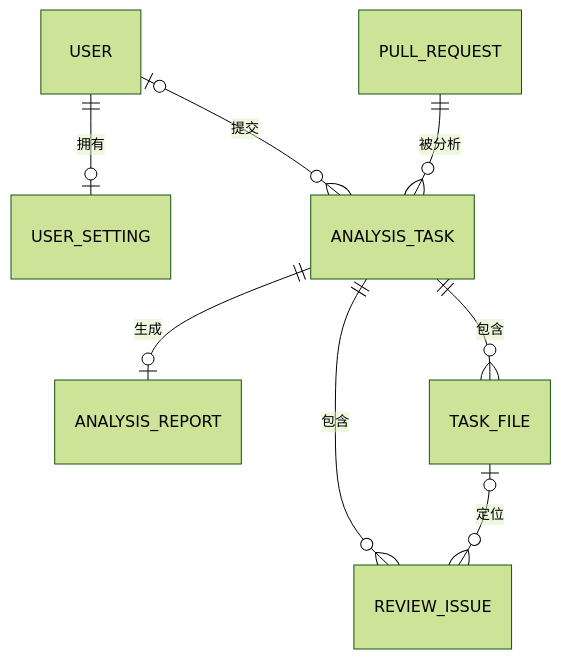
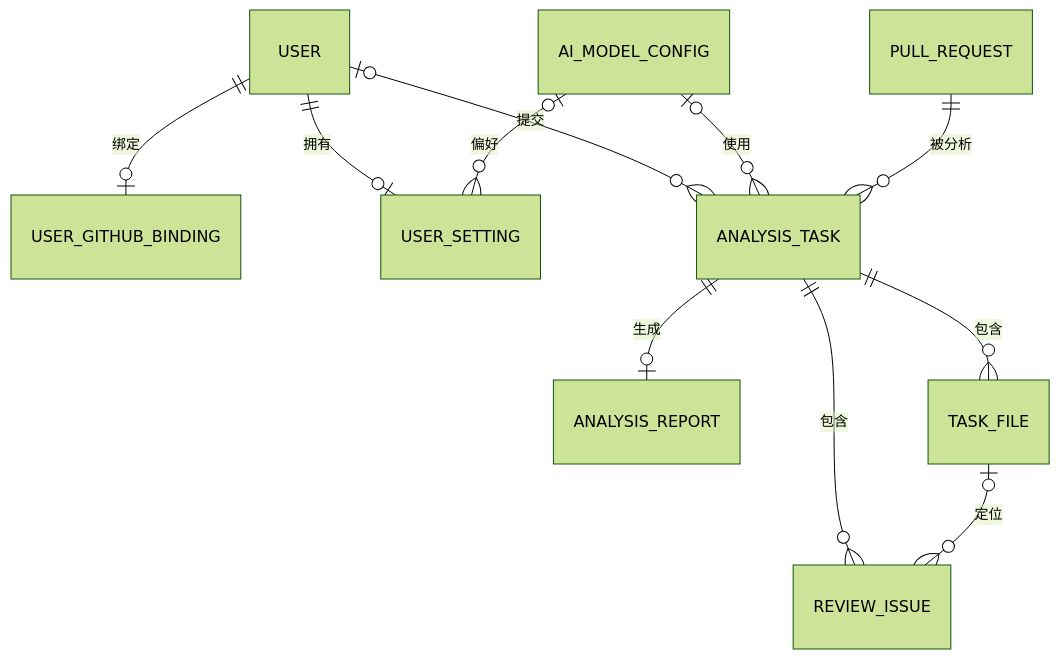
Before and after one commit to element-17/ai-pr-review: the diagram in docs/数据库表设计.md, drawn with Mermaid (forest theme). The commit also changed other lines of this file and 15 other files, not shown here.

````diff
--- a/docs/数据库表设计.md
+++ b/docs/数据库表设计.md
@@ -58,10 +62,13 @@
 ```mermaid
 erDiagram
+    USER ||--o| USER_GITHUB_BINDING : "绑定"
     USER ||--o| USER_SETTING : "拥有"
     USER |o--o{ ANALYSIS_TASK : "提交"
+    AI_MODEL_CONFIG |o--o{ USER_SETTING : "偏好"
+    AI_MODEL_CONFIG |o--o{ ANALYSIS_TASK : "使用"
     PULL_REQUEST ||--o{ ANALYSIS_TASK : "被分析"
     ANALYSIS_TASK ||--o| ANALYSIS_REPORT : "生成"
     ANALYSIS_TASK ||--o{ TASK_FILE : "包含"
     ANALYSIS_TASK ||--o{ REVIEW_ISSUE : "包含"
     TASK_FILE |o--o{ REVIEW_ISSUE : "定位"
 ```
````
